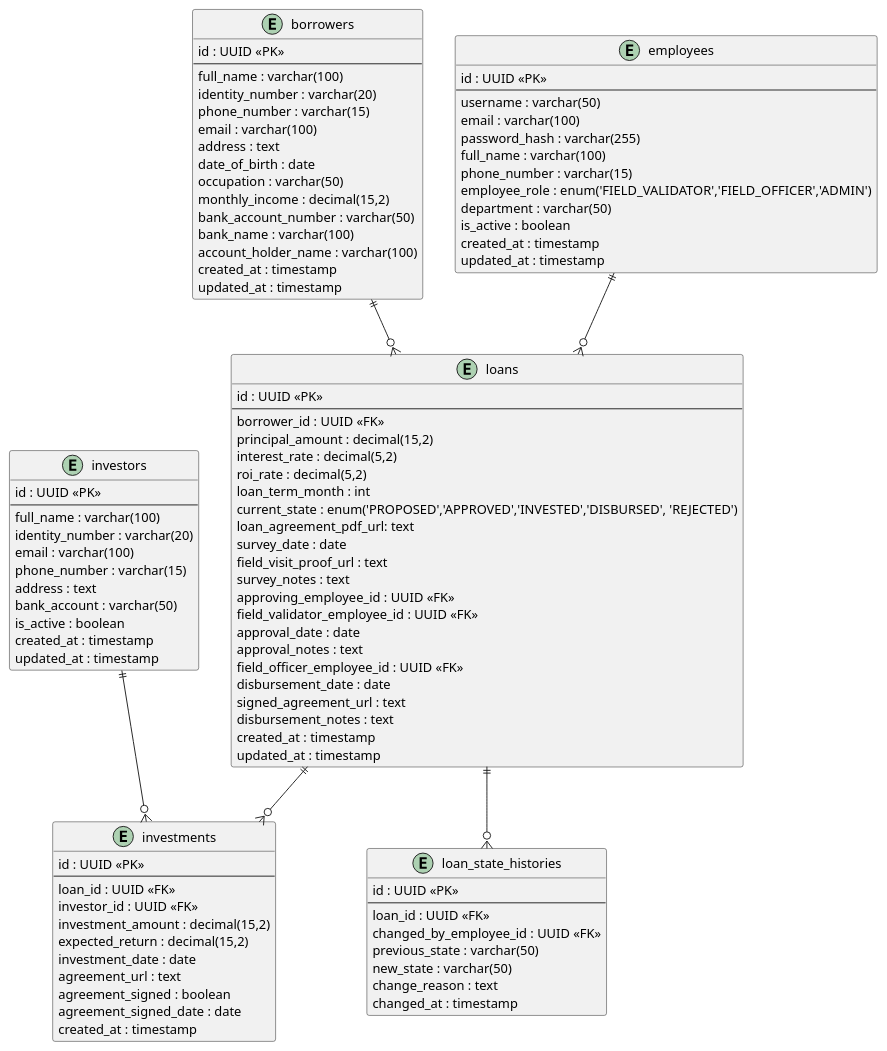
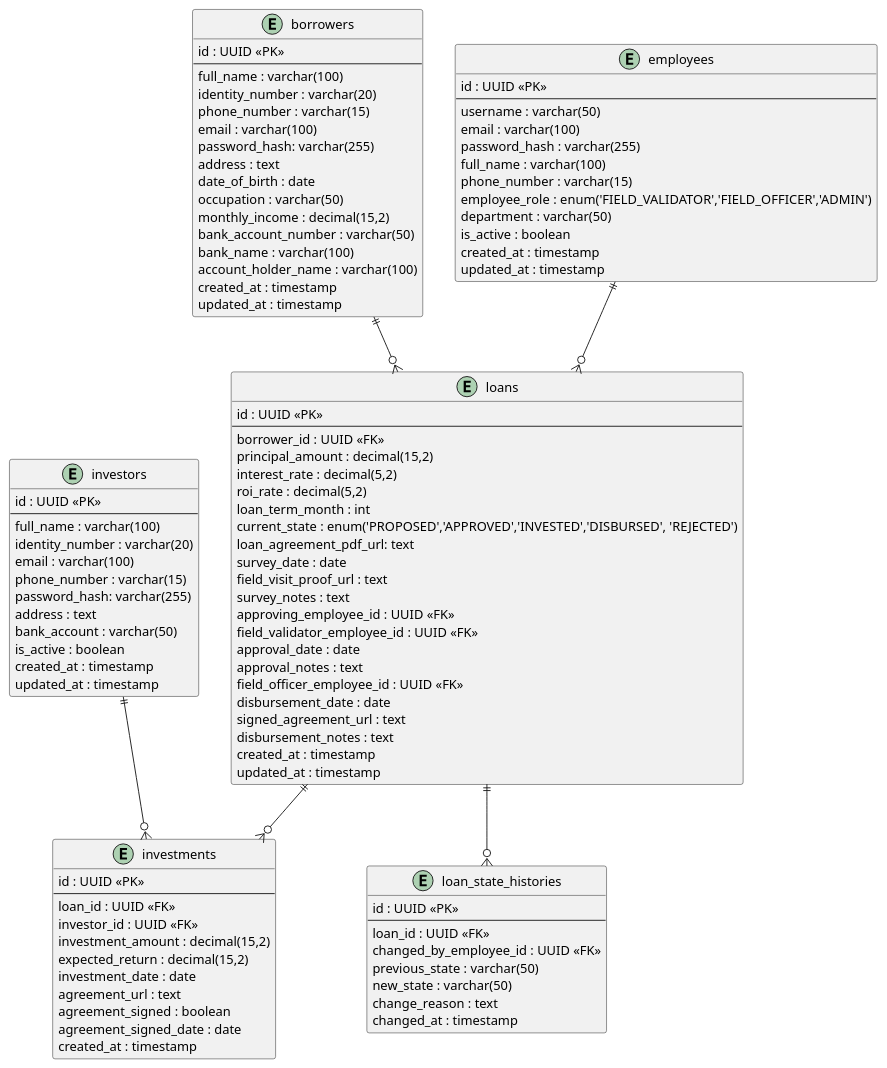
One commit to fajarAnd/loan-engine changed the diagram in doc/diagram/erd.plantuml. Above: the diagram before and after it, drawn with PlantUML. The commit also changed 1 other file, not shown here.

Commit message:
update erd, add password has at borrower and investor

```diff
--- a/doc/diagram/erd.plantuml
+++ b/doc/diagram/erd.plantuml
@@ -1,106 +1,108 @@
 @startuml loan_engine_simplified_erd
 
 entity "borrowers" as borrower {
   id : UUID <<PK>>
   --
   full_name : varchar(100)
   identity_number : varchar(20)
   phone_number : varchar(15)
   email : varchar(100)
+  password_hash: varchar(255)
   address : text
   date_of_birth : date
   occupation : varchar(50)
   monthly_income : decimal(15,2)
   bank_account_number : varchar(50)
   bank_name : varchar(100)
   account_holder_name : varchar(100)
   created_at : timestamp
   updated_at : timestamp
 }
 
 entity "loans" as loan {
   id : UUID <<PK>>
   --
   borrower_id : UUID <<FK>>
   principal_amount : decimal(15,2)
   interest_rate : decimal(5,2)
   roi_rate : decimal(5,2)
   loan_term_month : int
   current_state : enum('PROPOSED','APPROVED','INVESTED','DISBURSED', 'REJECTED')
   loan_agreement_pdf_url: text
   survey_date : date
   field_visit_proof_url : text
   survey_notes : text
   approving_employee_id : UUID <<FK>>
   field_validator_employee_id : UUID <<FK>>
   approval_date : date
   approval_notes : text
   field_officer_employee_id : UUID <<FK>>
   disbursement_date : date
   signed_agreement_url : text
   disbursement_notes : text
   created_at : timestamp
   updated_at : timestamp
 }
 
 entity "investments" as investment {
   id : UUID <<PK>>
   --
   loan_id : UUID <<FK>>
   investor_id : UUID <<FK>>
   investment_amount : decimal(15,2)
   expected_return : decimal(15,2)
   investment_date : date
   agreement_url : text
   agreement_signed : boolean
   agreement_signed_date : date
   created_at : timestamp
 }
 
 entity "employees" as employee {
   id : UUID <<PK>>
   --
   username : varchar(50)
   email : varchar(100)
   password_hash : varchar(255)
   full_name : varchar(100)
   phone_number : varchar(15)
   employee_role : enum('FIELD_VALIDATOR','FIELD_OFFICER','ADMIN')
   department : varchar(50)
   is_active : boolean
   created_at : timestamp
   updated_at : timestamp
 }
 
 entity "investors" as investor {
   id : UUID <<PK>>
   --
   full_name : varchar(100)
   identity_number : varchar(20)
   email : varchar(100)
   phone_number : varchar(15)
+  password_hash: varchar(255)
   address : text
   bank_account : varchar(50)
   is_active : boolean
   created_at : timestamp
   updated_at : timestamp
 }
 
 entity "loan_state_histories" as state_history {
   id : UUID <<PK>>
   --
   loan_id : UUID <<FK>>
   changed_by_employee_id : UUID <<FK>>
   previous_state : varchar(50)
   new_state : varchar(50)
   change_reason : text
   changed_at : timestamp
 }
 
 borrower ||--o{ loan
 loan ||--o{ investment
 loan ||--o{ state_history
 employee ||--o{ loan
 investor ||--o{ investment
 
 @enduml
```
